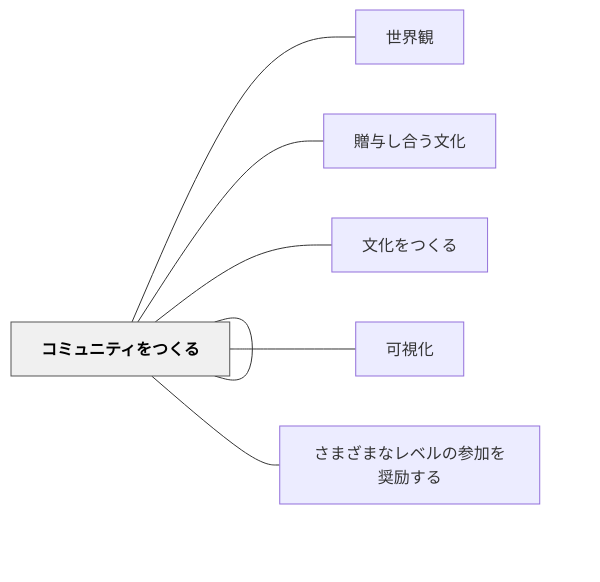
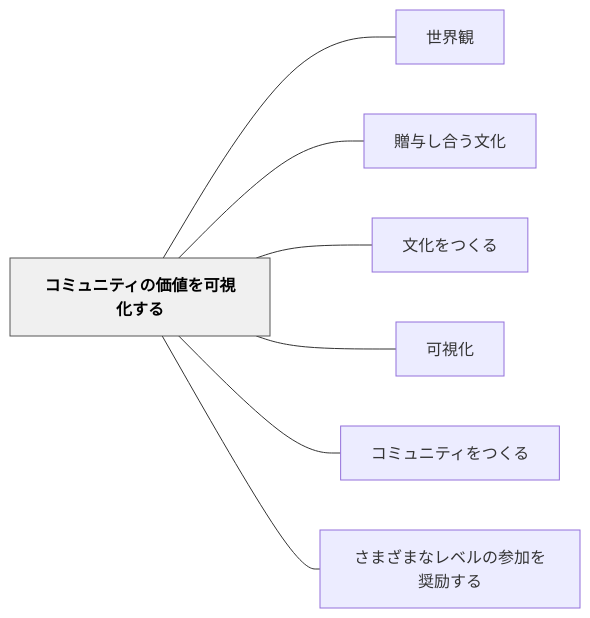
The diagram in content/パタン/コミュニティの価値を可視化する.md (unknownthings-ed-patterns/unknownthings-ed-patterns), drawn with Mermaid before and after one commit. The commit also changed 527 other files, not shown here.

````diff
--- a/content/パタン/コミュニティの価値を可視化する.md
+++ b/content/パタン/コミュニティの価値を可視化する.md
@@ -54,20 +54,20 @@
 ```mermaid
 flowchart LR
-    ne382b3e3839f["コミュニティの価値を可視化する"]
-    ne4b896e7958c["世界観"]
-    ne8b488e4b88e["贈与し合う文化"]
-    ne69687e58c96["文化をつくる"]
-    ne58fafe8a696["可視化"]
-    ne382b3e3839f["コミュニティをつくる"]
-    ne38195e381be["さまざまなレベルの参加を奨励する"]
+    ne382b3e3839fe383a5e3838be38386e382a3e381aee4bea1e580a4e38292e58fafe8a696e58c96e38199e3828b["コミュニティの価値を可視化する"]
+    ne4b896e7958ce8a6b3["世界観"]
+    ne8b488e4b88ee38197e59088e38186e69687e58c96["贈与し合う文化"]
+    ne69687e58c96e38292e381a4e3818fe3828b["文化をつくる"]
+    ne58fafe8a696e58c96["可視化"]
+    ne382b3e3839fe383a5e3838be38386e382a3e38292e381a4e3818fe3828b["コミュニティをつくる"]
+    ne38195e381bee38196e381bee381aae383ace38399e383abe381aee58f82e58aa0e38292e5a5a8e58ab1e38199e3828b["さまざまなレベルの参加を奨励する"]
 
-    ne382b3e3839f --- ne4b896e7958c
-    ne382b3e3839f --- ne8b488e4b88e
-    ne382b3e3839f --- ne69687e58c96
-    ne382b3e3839f --- ne58fafe8a696
-    ne382b3e3839f --- ne382b3e3839f
-    ne382b3e3839f --- ne38195e381be
+    ne382b3e3839fe383a5e3838be38386e382a3e381aee4bea1e580a4e38292e58fafe8a696e58c96e38199e3828b --- ne4b896e7958ce8a6b3
+    ne382b3e3839fe383a5e3838be38386e382a3e381aee4bea1e580a4e38292e58fafe8a696e58c96e38199e3828b --- ne8b488e4b88ee38197e59088e38186e69687e58c96
+    ne382b3e3839fe383a5e3838be38386e382a3e381aee4bea1e580a4e38292e58fafe8a696e58c96e38199e3828b --- ne69687e58c96e38292e381a4e3818fe3828b
+    ne382b3e3839fe383a5e3838be38386e382a3e381aee4bea1e580a4e38292e58fafe8a696e58c96e38199e3828b --- ne58fafe8a696e58c96
+    ne382b3e3839fe383a5e3838be38386e382a3e381aee4bea1e580a4e38292e58fafe8a696e58c96e38199e3828b --- ne382b3e3839fe383a5e3838be38386e382a3e38292e381a4e3818fe3828b
+    ne382b3e3839fe383a5e3838be38386e382a3e381aee4bea1e580a4e38292e58fafe8a696e58c96e38199e3828b --- ne38195e381bee38196e381bee381aae383ace38399e383abe381aee58f82e58aa0e38292e5a5a8e58ab1e38199e3828b
 
     classDef hub fill:#f0f0f0,stroke:#555,color:#000,font-weight:bold
-    class ne382b3e3839f hub
+    class ne382b3e3839fe383a5e3838be38386e382a3e381aee4bea1e580a4e38292e58fafe8a696e58c96e38199e3828b hub
 ```
````
